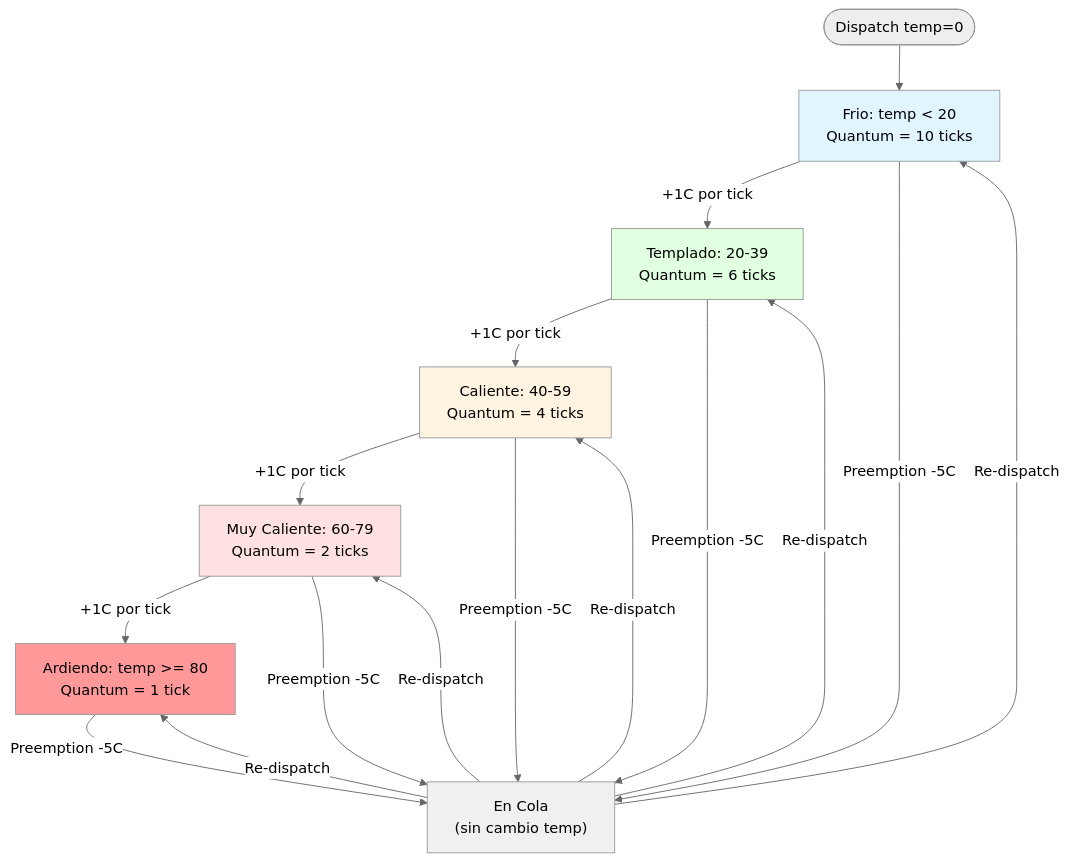
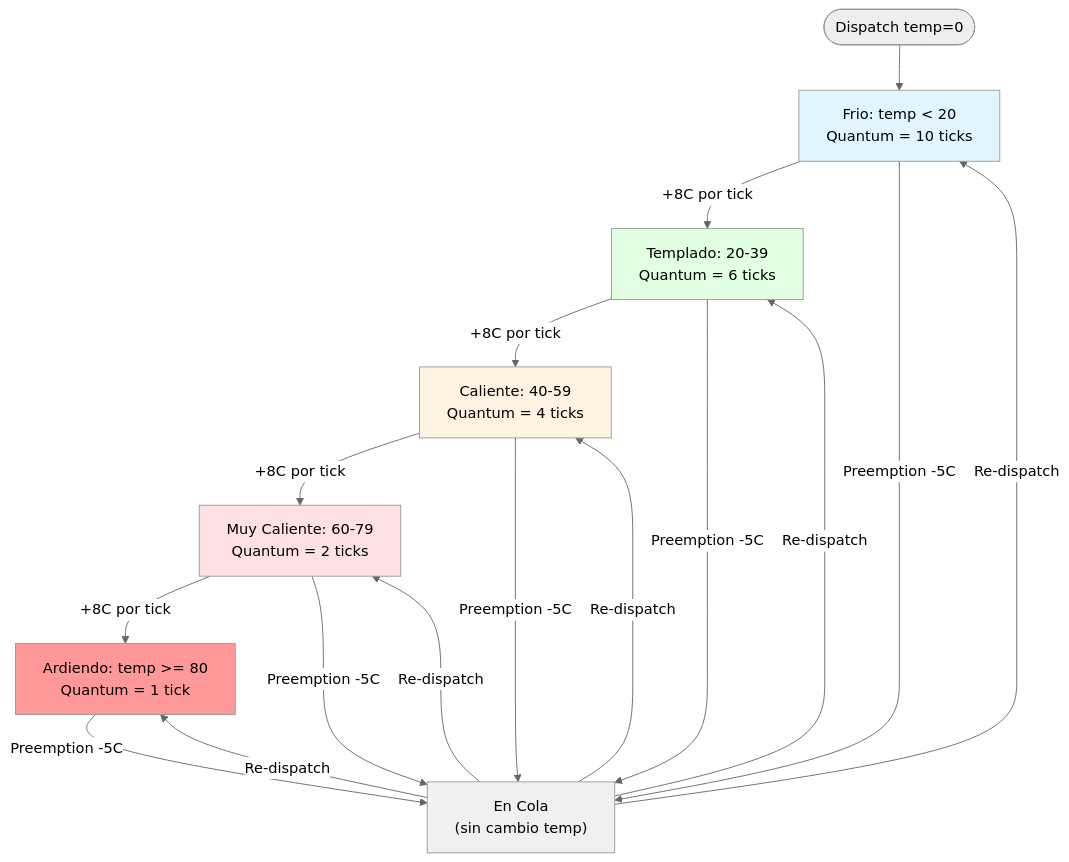
The third of 3 diagrams in docs/sections/02-parte2-scheduler.md (KingJorjai/churrOS), drawn with Mermaid (neutral theme) before and after one commit. The commit also changed other lines of this file and 3 other files, not shown here.

````diff
--- a/docs/sections/02-parte2-scheduler.md
+++ b/docs/sections/02-parte2-scheduler.md
@@ -202,36 +202,36 @@
 ```{.mermaid format=pdf}
 flowchart TD
     Start([Dispatch temp=0]) --> Frio
     
     Frio["Frio: temp < 20\nQuantum = 10 ticks"]
     Templado["Templado: 20-39\nQuantum = 6 ticks"]
     Caliente["Caliente: 40-59\nQuantum = 4 ticks"]
     MuyCaliente["Muy Caliente: 60-79\nQuantum = 2 ticks"]
     Ardiendo["Ardiendo: temp >= 80\nQuantum = 1 tick"]
     
-    Frio -->|+1C por tick| Templado
-    Templado -->|+1C por tick| Caliente
-    Caliente -->|+1C por tick| MuyCaliente
-    MuyCaliente -->|+1C por tick| Ardiendo
+    Frio -->|+8C por tick| Templado
+    Templado -->|+8C por tick| Caliente
+    Caliente -->|+8C por tick| MuyCaliente
+    MuyCaliente -->|+8C por tick| Ardiendo
     
     Frio -->|Preemption -5C| Cola
     Templado -->|Preemption -5C| Cola
     Caliente -->|Preemption -5C| Cola
     MuyCaliente -->|Preemption -5C| Cola
     Ardiendo -->|Preemption -5C| Cola
     
     Cola["En Cola\n(sin cambio temp)"]
     
     Cola -->|Re-dispatch| Frio
     Cola -->|Re-dispatch| Templado
     Cola -->|Re-dispatch| Caliente
     Cola -->|Re-dispatch| MuyCaliente
     Cola -->|Re-dispatch| Ardiendo
     
     style Frio fill:#e1f5ff
     style Templado fill:#e1ffe1
     style Caliente fill:#fff4e1
     style MuyCaliente fill:#ffe1e1
     style Ardiendo fill:#ff9999
     style Cola fill:#f0f0f0
 ```
````
